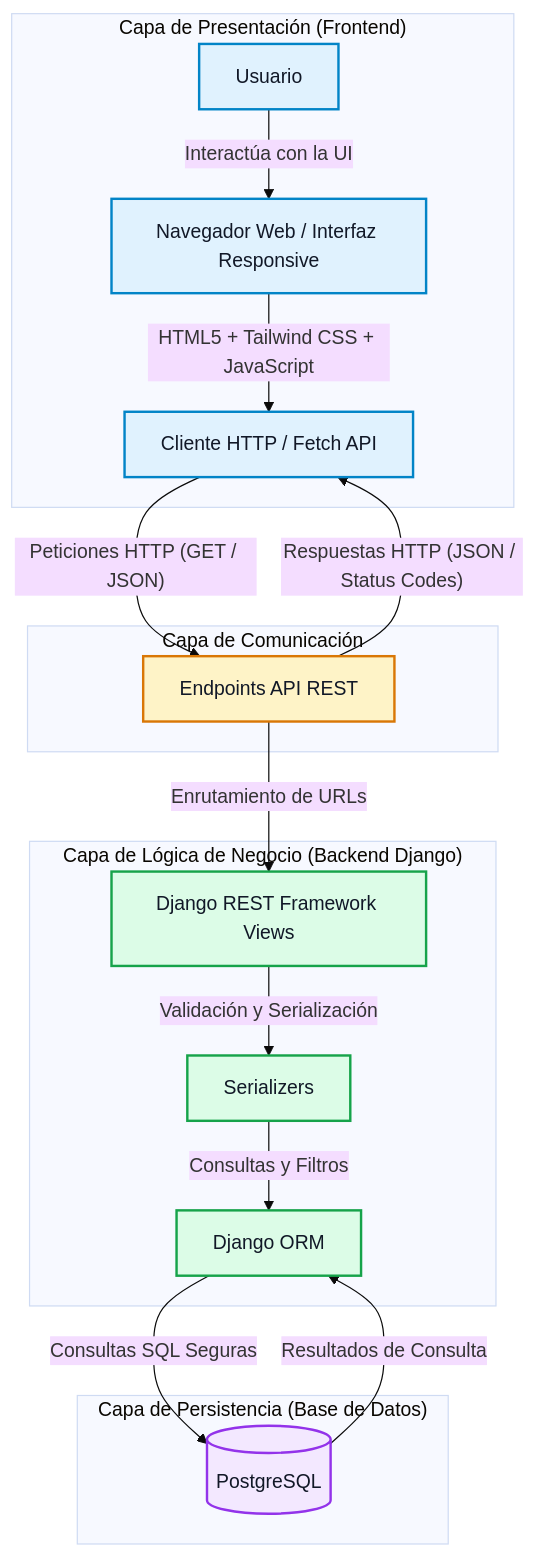
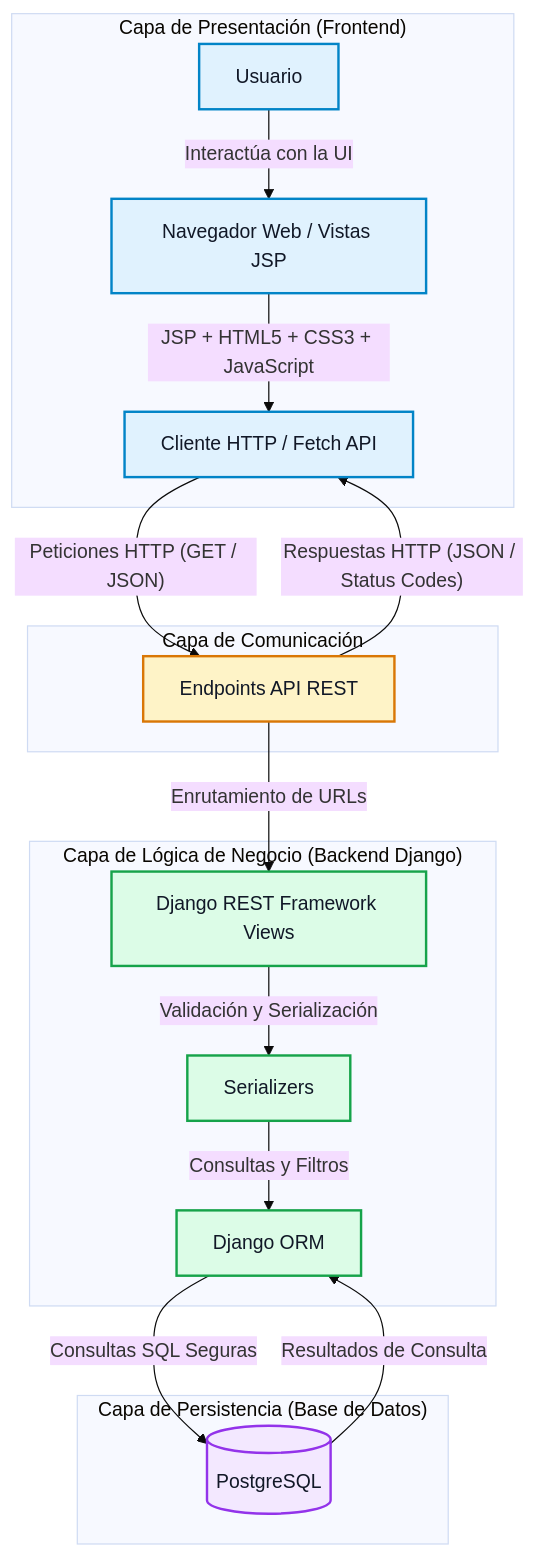
The first of 3 diagrams in docs/arquitectura/especificacion-tecnica.md (Darksam03/RuralConecta-ProyectoWeb), drawn with Mermaid (base theme) before and after one commit. The commit also changed other lines of this file and 4 other files, not shown here.

````diff
--- a/docs/arquitectura/especificacion-tecnica.md
+++ b/docs/arquitectura/especificacion-tecnica.md
@@ -129,33 +134,33 @@
 ```mermaid
 graph TD
     subgraph "Capa de Presentación (Frontend)"
-        A["Usuario"] -->|"Interactúa con la UI"| B["Navegador Web / Interfaz Responsive"]
-        B -->|"HTML5 + Tailwind CSS + JavaScript"| C["Cliente HTTP / Fetch API"]
+        A["Usuario"] -->|"Interactúa con la UI"| B["Navegador Web / Vistas JSP"]
+        B -->|"JSP + HTML5 + CSS3 + JavaScript"| C["Cliente HTTP / Fetch API"]
     end
 
     subgraph "Capa de Comunicación"
         C -->|"Peticiones HTTP (GET / JSON)"| D["Endpoints API REST"]
         D -->|"Respuestas HTTP (JSON / Status Codes)"| C
     end
 
     subgraph "Capa de Lógica de Negocio (Backend Django)"
         D -->|"Enrutamiento de URLs"| E["Django REST Framework Views"]
         E -->|"Validación y Serialización"| F["Serializers"]
         F -->|"Consultas y Filtros"| G["Django ORM"]
     end
 
     subgraph "Capa de Persistencia (Base de Datos)"
         G -->|"Consultas SQL Seguras"| H[("PostgreSQL")]
         H -->|"Resultados de Consulta"| G
     end
 
     classDef client fill:#e0f2fe,stroke:#0284c7,stroke-width:2px,color:#111827;
     classDef comm fill:#fef3c7,stroke:#d97706,stroke-width:2px,color:#111827;
     classDef server fill:#dcfce7,stroke:#16a34a,stroke-width:2px,color:#111827;
     classDef db fill:#f3e8ff,stroke:#9333ea,stroke-width:2px,color:#111827;
 
     class A,B,C client;
     class D comm;
     class E,F,G server;
     class H db;
 ```
````
